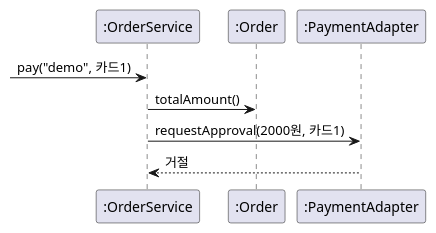
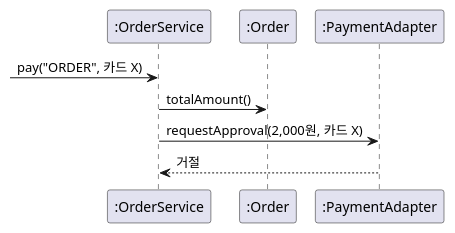
One commit to YoungSan77/TrainingMaterials changed the fourth of 4 diagrams in courses/ai-native/sessions/s06.md. Above: the diagram before and after it, drawn with PlantUML. The commit also changed other lines of this file and 17 other files, not shown here.

````diff
--- a/courses/ai-native/sessions/s06.md
+++ b/courses/ai-native/sessions/s06.md
@@ -415,11 +415,11 @@
 ```plantuml:sequence
 @startuml
 participant ":OrderService" as V
 participant ":Order" as O
 participant ":PaymentAdapter" as PA
-[-> V : pay("demo", 카드1)
+[-> V : pay("ORDER", 카드 X)
 V -> O : totalAmount()
-V -> PA : requestApproval(2000원, 카드1)
+V -> PA : requestApproval(2,000원, 카드 X)
 PA --> V : 거절
 @enduml
 ```
````
